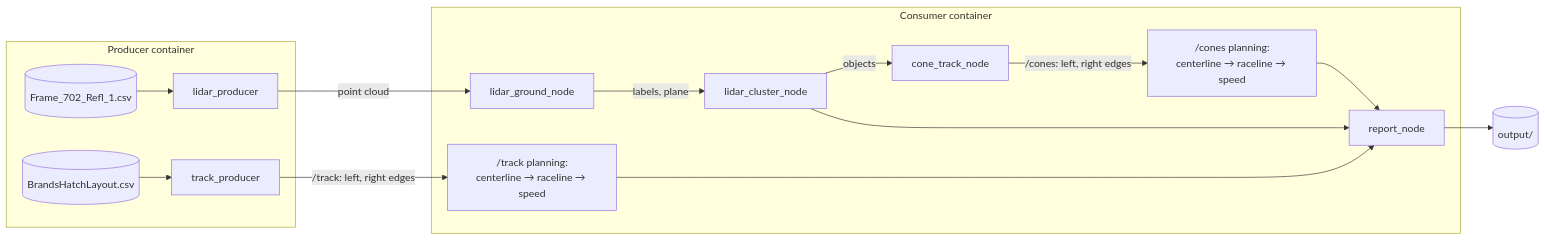
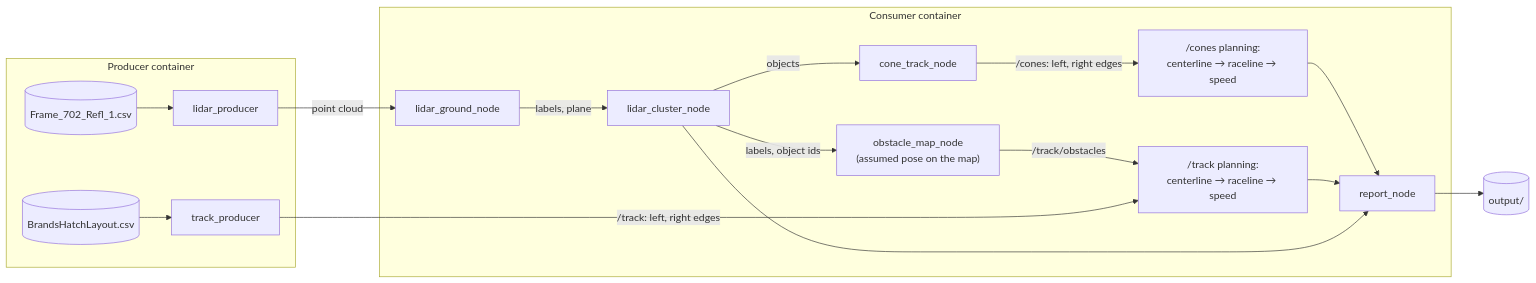
Before and after one commit to pinhas019/bgr-racing-autonomous-task: the diagram in README.md, drawn with Mermaid. The commit also changed other lines of this file and 12 other files, not shown here.

First line of the commit message:
Obstacles on the map: LiDAR frame placed at an assumed pose, map raceline avoids every obstacle

````diff
--- a/README.md
+++ b/README.md
@@ -125,19 +128,21 @@
 ```mermaid
 flowchart LR
     subgraph PRODUCER ["Producer container"]
         LCSV[("Frame_702_Refl_1.csv")] --> LP["lidar_producer"]
         TCSV[("BrandsHatchLayout.csv")] --> TP["track_producer"]
     end
     subgraph CONSUMER ["Consumer container"]
         LG["lidar_ground_node"] -->|"labels, plane"| LC["lidar_cluster_node"]
         LC -->|"objects"| CT["cone_track_node"]
         CT -->|"/cones: left, right edges"| CP["/cones planning:<br/>centerline → raceline → speed"]
+        LC -->|"labels, object ids"| OM["obstacle_map_node<br/>(assumed pose on the map)"]
+        OM -->|"/track/obstacles"| TPL
         TPL["/track planning:<br/>centerline → raceline → speed"]
         CP --> RP["report_node"]
         TPL --> RP
         LC --> RP
     end
     LP -->|"point cloud"| LG
     TP -->|"/track: left, right edges"| TPL
     RP --> OUT[("output/")]
 ```
````
